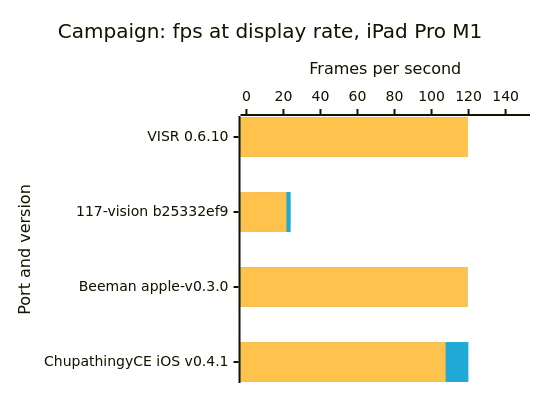
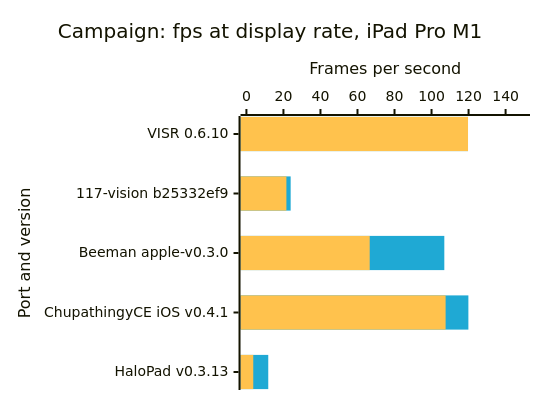
One commit to VISR-CE/visr changed the fourth of 8 diagrams in docs/benchmarks.md. Above: the diagram before and after it, drawn with Mermaid. The commit also changed other lines of this file and 5 other files, not shown here.

First line of the commit message:
📝 docs(benchmarks): add HaloPad v0.3.13 and Beeman apple-v0.3.0 on the M1 iPad Pro for the Campaign, Combat and Cutscene windows, two rounds each — frame times from the app's own present calls and no GPU time, since no on-device trace covers these ports

````diff
--- a/docs/benchmarks.md
+++ b/docs/benchmarks.md
@@ -108,17 +108,17 @@
 ```mermaid
 ---
 config:
   xyChart:
     width: 520
-    height: 373
+    height: 380
   themeVariables:
     xyChart:
       plotColorPalette: "#1fa9d4, #ffc24d"
 ---
 xychart-beta horizontal
     title "Campaign: fps at display rate, iPad Pro M1"
-    x-axis "Port and version" ["VISR 0.6.10", "117-vision b25332ef9", "Beeman apple-v0.3.0", "ChupathingyCE iOS v0.4.1"]
+    x-axis "Port and version" ["VISR 0.6.10", "117-vision b25332ef9", "Beeman apple-v0.3.0", "ChupathingyCE iOS v0.4.1", "HaloPad v0.3.13"]
     y-axis "Frames per second" 0 --> 150
-    bar [119.7, 23.9, 119.4, 119.9]
-    bar [119.7, 21.6, 119.4, 107.6]
+    bar [119.7, 23.9, 106.9, 119.9, 11.8]
+    bar [119.7, 21.6, 66.6, 107.6, 3.7]
 ```
````
